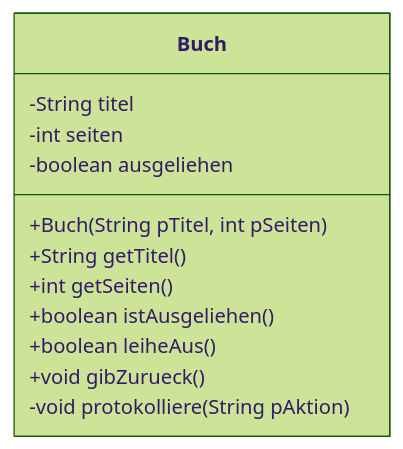
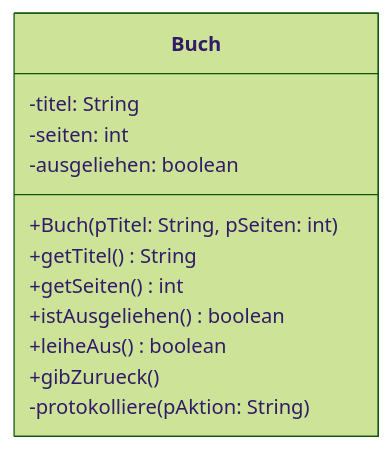
The fourth of 5 diagrams in book/oberstufe/oop/02-erweiterungen/01-vertiefte-objektorientierung/01-implementationsdiagramme.md (openpatch/hyperbook-informatik), drawn with Mermaid (forest theme) before and after one commit. The commit also changed other lines of this file and 19 other files, not shown here.

Commit message:
richtige implementationsdiagramme

````diff
--- a/book/oberstufe/oop/02-erweiterungen/01-vertiefte-objektorientierung/01-implementationsdiagramme.md
+++ b/book/oberstufe/oop/02-erweiterungen/01-vertiefte-objektorientierung/01-implementationsdiagramme.md
@@ -276,15 +278,15 @@
 ```mermaid
 classDiagram
     class Buch {
-        -String titel
-        -int seiten
-        -boolean ausgeliehen
-        +Buch(String pTitel, int pSeiten)
-        +String getTitel()
-        +int getSeiten()
-        +boolean istAusgeliehen()
-        +boolean leiheAus()
-        +void gibZurueck()
-        -void protokolliere(String pAktion)
+        -titel: String
+        -seiten: int
+        -ausgeliehen: boolean
+        +Buch(pTitel: String, pSeiten: int)
+        +getTitel() String
+        +getSeiten() int
+        +istAusgeliehen() boolean
+        +leiheAus() boolean
+        +gibZurueck()
+        -protokolliere(pAktion: String)
     }
 ```
````
